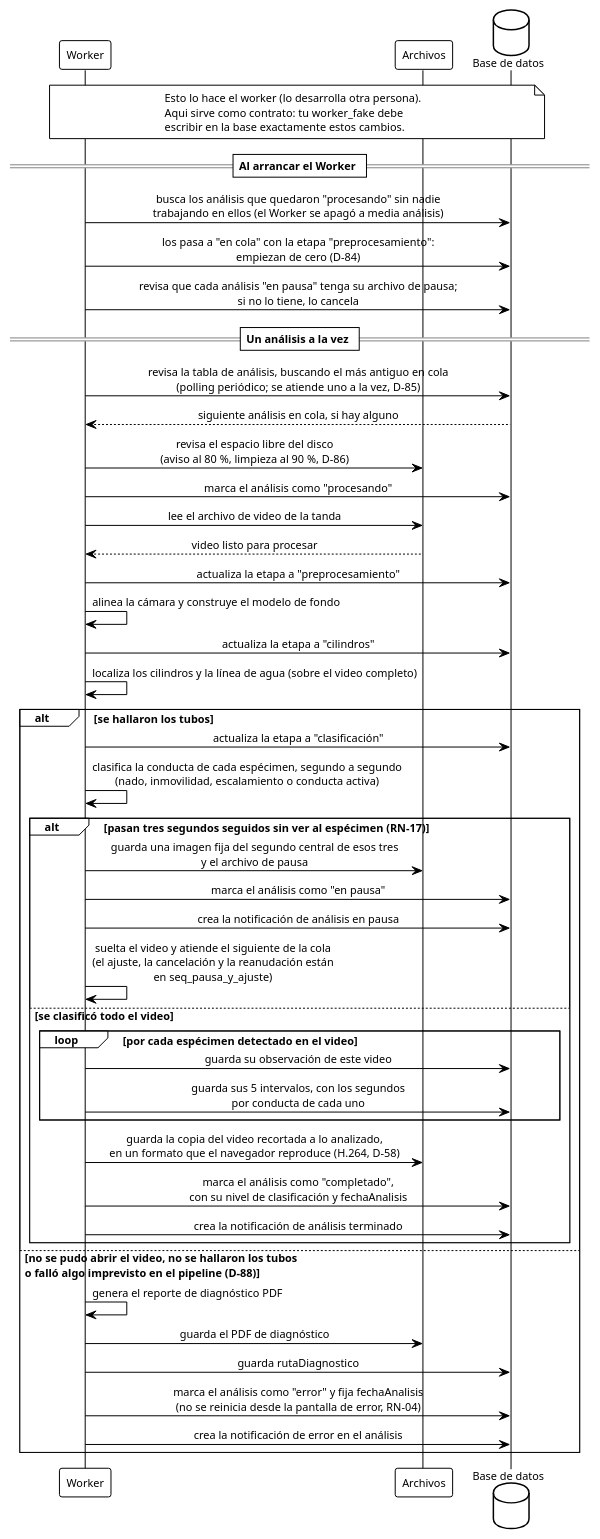
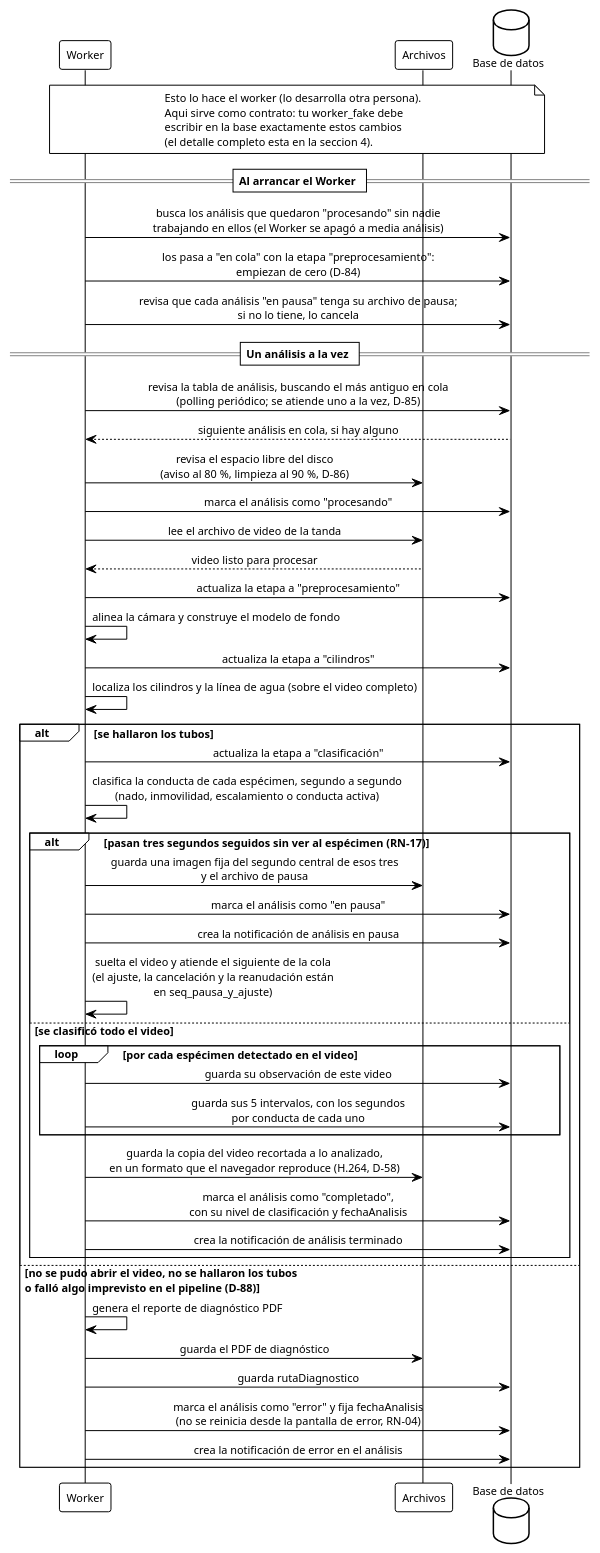
Diagram 31 of 39 in INSTRUCCIONES-WEB.md (ErickJester/fst-ai-system-latex), drawn with PlantUML before and after one commit. The commit also changed other lines of this file, not shown here.

````diff
--- a/INSTRUCCIONES-WEB.md
+++ b/INSTRUCCIONES-WEB.md
@@ -2341,68 +2590,69 @@
 ```plantuml
 @startuml seq_analisis_automatico
 !theme plain
 skinparam defaultFontName Arial
 skinparam defaultFontSize 11
 skinparam shadowing false
 skinparam sequenceMessageAlign center
 skinparam BoxPadding 10
 participant Worker as w
 participant "Archivos" as fs
 database "Base de datos" as db
 
 note over w, db
   Esto lo hace el worker (lo desarrolla otra persona).
   Aqui sirve como contrato: tu worker_fake debe
-  escribir en la base exactamente estos cambios.
+  escribir en la base exactamente estos cambios
+  (el detalle completo esta en la seccion 4).
 end note
 
 == Al arrancar el Worker ==
 
 w -> db: busca los análisis que quedaron "procesando" sin nadie\ntrabajando en ellos (el Worker se apagó a media análisis)
 w -> db: los pasa a "en cola" con la etapa "preprocesamiento":\nempiezan de cero (D-84)
 w -> db: revisa que cada análisis "en pausa" tenga su archivo de pausa;\nsi no lo tiene, lo cancela
 
 == Un análisis a la vez ==
 
 w -> db: revisa la tabla de análisis, buscando el más antiguo en cola\n(polling periódico; se atiende uno a la vez, D-85)
 db --> w: siguiente análisis en cola, si hay alguno
 w -> fs: revisa el espacio libre del disco\n(aviso al 80 %, limpieza al 90 %, D-86)
 w -> db: marca el análisis como "procesando"
 
 w -> fs: lee el archivo de video de la tanda
 fs --> w: video listo para procesar
 
 w -> db: actualiza la etapa a "preprocesamiento"
 w -> w: alinea la cámara y construye el modelo de fondo
 
 w -> db: actualiza la etapa a "cilindros"
 w -> w: localiza los cilindros y la línea de agua (sobre el video completo)
 
 alt se hallaron los tubos
   w -> db: actualiza la etapa a "clasificación"
   w -> w: clasifica la conducta de cada espécimen, segundo a segundo\n(nado, inmovilidad, escalamiento o conducta activa)
   alt pasan tres segundos seguidos sin ver al espécimen (RN-17)
     w -> fs: guarda una imagen fija del segundo central de esos tres\ny el archivo de pausa
     w -> db: marca el análisis como "en pausa"
     w -> db: crea la notificación de análisis en pausa
     w -> w: suelta el video y atiende el siguiente de la cola\n(el ajuste, la cancelación y la reanudación están\nen seq_pausa_y_ajuste)
   else se clasificó todo el video
 
     loop por cada espécimen detectado en el video
       w -> db: guarda su observación de este video
       w -> db: guarda sus 5 intervalos, con los segundos\npor conducta de cada uno
     end
 
     w -> fs: guarda la copia del video recortada a lo analizado,\nen un formato que el navegador reproduce (H.264, D-58)
     w -> db: marca el análisis como "completado",\ncon su nivel de clasificación y fechaAnalisis
     w -> db: crea la notificación de análisis terminado
   end
 else no se pudo abrir el video, no se hallaron los tubos\no falló algo imprevisto en el pipeline (D-88)
   w -> w: genera el reporte de diagnóstico PDF
   w -> fs: guarda el PDF de diagnóstico
   w -> db: guarda rutaDiagnostico
   w -> db: marca el análisis como "error" y fija fechaAnalisis\n(no se reinicia desde la pantalla de error, RN-04)
   w -> db: crea la notificación de error en el análisis
 end
 @enduml
 ```
````
